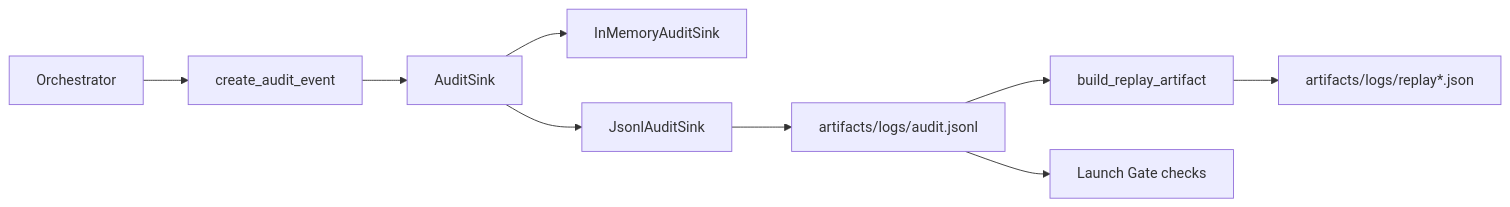
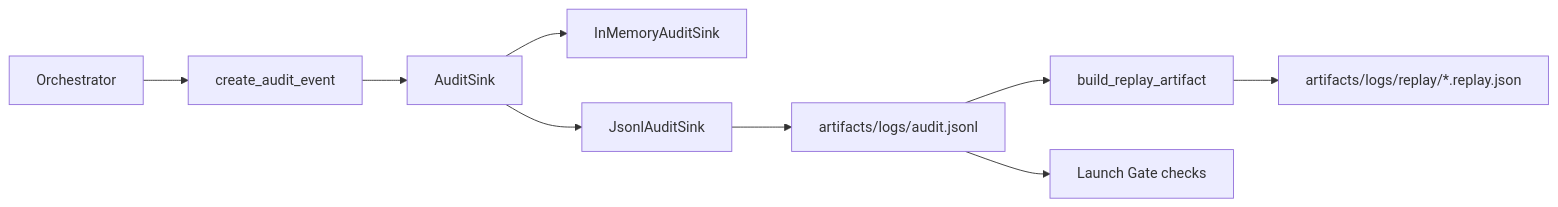
One commit to Amhdour/myStarterKit changed the sixth of 6 diagrams in docs/architecture_diagrams.md. Above: the diagram before and after it, drawn with Mermaid. The commit also changed other lines of this file and 25 other files, not shown here.

Commit message:
Fix replay artifact path in architecture diagram

````diff
--- a/docs/architecture_diagrams.md
+++ b/docs/architecture_diagrams.md
@@ -205,11 +207,11 @@
 ```mermaid
 flowchart LR
     O[Orchestrator] --> E[create_audit_event]
     E --> S[AuditSink]
     S --> M[InMemoryAuditSink]
     S --> J[JsonlAuditSink]
     J --> F[artifacts/logs/audit.jsonl]
     F --> R[build_replay_artifact]
-    R --> RF[artifacts/logs/replay*.json]
+    R --> RF[artifacts/logs/replay/*.replay.json]
     F --> LG[Launch Gate checks]
 ```
````
